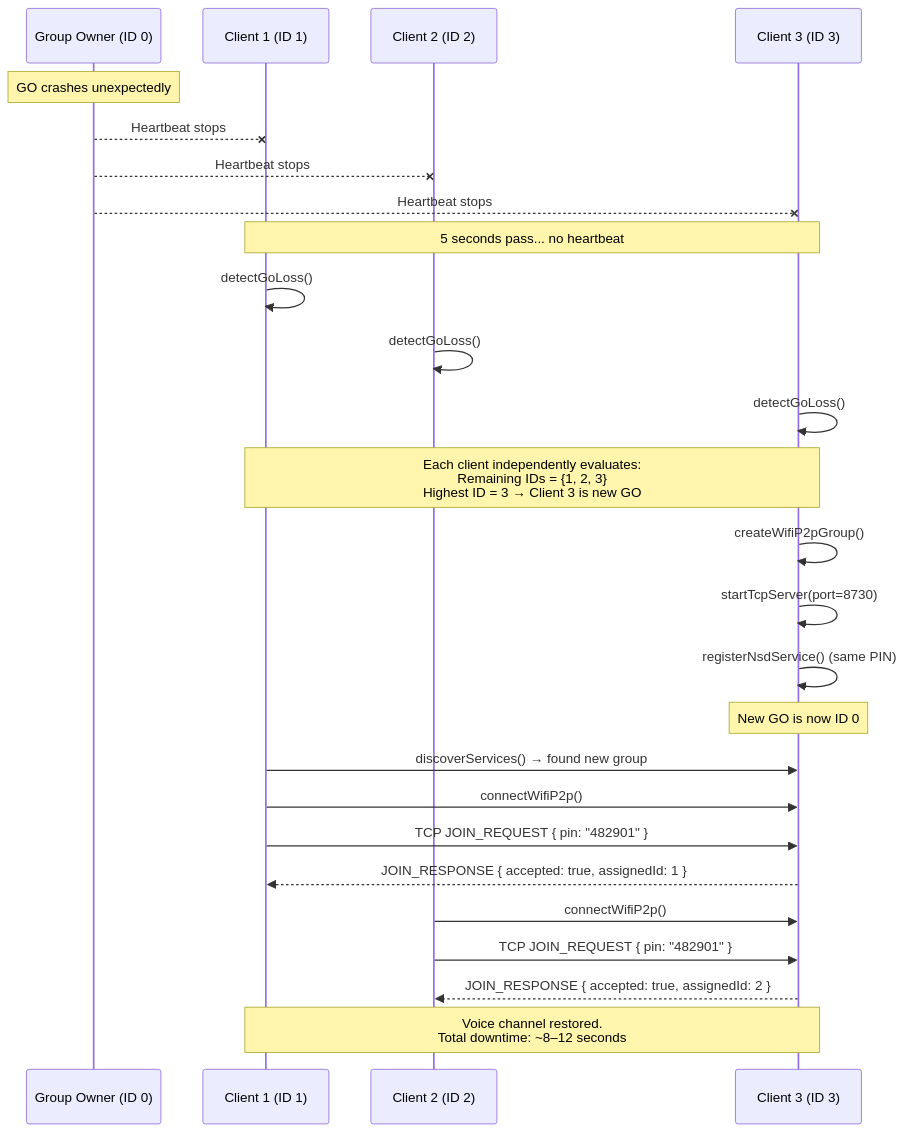
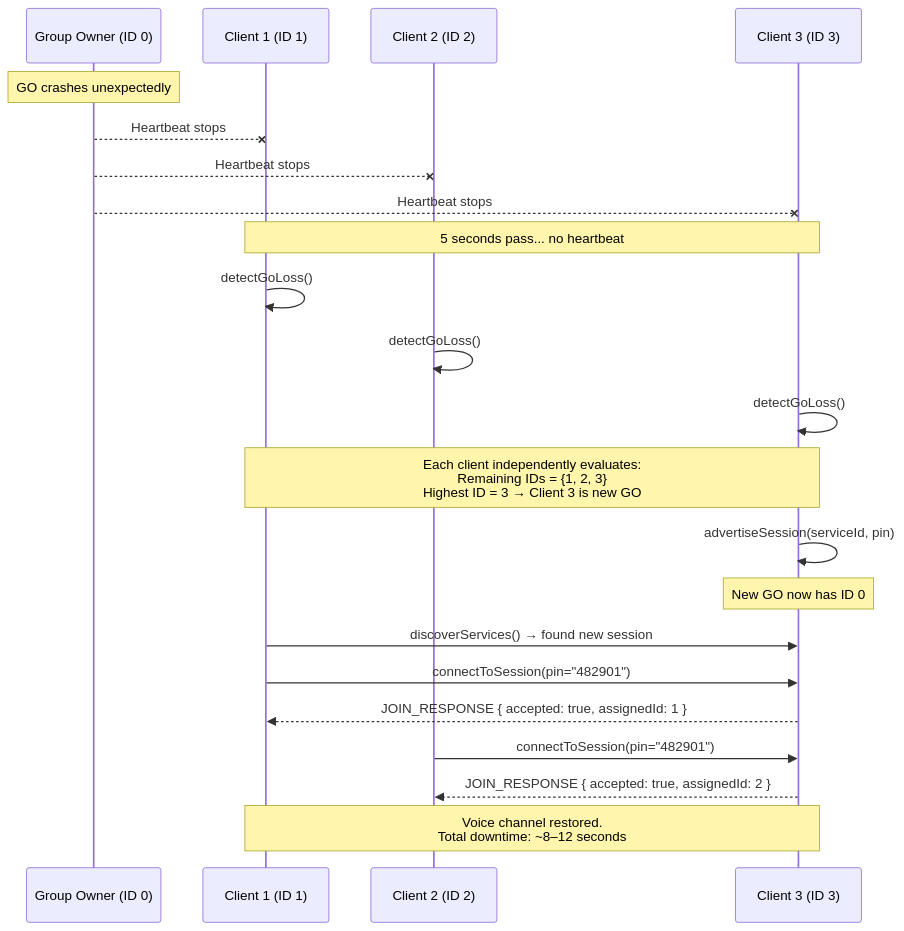
One commit to WINDY-WINDWARD/PeerSync changed the eighth of 16 diagrams in docs/ImplementationGuidelines.md. Above: the diagram before and after it, drawn with Mermaid. The commit also changed other lines of this file and 19 other files, not shown here.

Commit message:
feat: implement pure Wi-Fi Direct socket architecture, auto-discovery, and QR code fast-join

````diff
--- a/docs/ImplementationGuidelines.md
+++ b/docs/ImplementationGuidelines.md
@@ -473,37 +488,33 @@
 ```mermaid
 sequenceDiagram
     participant GO as Group Owner (ID 0)
     participant C1 as Client 1 (ID 1)
     participant C2 as Client 2 (ID 2)
     participant C3 as Client 3 (ID 3)
 
     Note over GO: GO crashes unexpectedly
 
     GO--xC1: Heartbeat stops
     GO--xC2: Heartbeat stops
     GO--xC3: Heartbeat stops
 
     Note over C1,C3: 5 seconds pass... no heartbeat
 
     C1->>C1: detectGoLoss()
     C2->>C2: detectGoLoss()
     C3->>C3: detectGoLoss()
 
     Note over C1,C3: Each client independently evaluates:<br/>Remaining IDs = {1, 2, 3}<br/>Highest ID = 3 → Client 3 is new GO
 
-    C3->>C3: createWifiP2pGroup()
-    C3->>C3: startTcpServer(port=8730)
-    C3->>C3: registerNsdService() (same PIN)
-    Note over C3: New GO is now ID 0
+    C3->>C3: advertiseSession(serviceId, pin)
+    Note over C3: New GO now has ID 0
 
-    C1->>C3: discoverServices() → found new group
-    C1->>C3: connectWifiP2p()
-    C1->>C3: TCP JOIN_REQUEST { pin: "482901" }
+    C1->>C3: discoverServices() → found new session
+    C1->>C3: connectToSession(pin="482901")
     C3-->>C1: JOIN_RESPONSE { accepted: true, assignedId: 1 }
 
-    C2->>C3: connectWifiP2p()
-    C2->>C3: TCP JOIN_REQUEST { pin: "482901" }
+    C2->>C3: connectToSession(pin="482901")
     C3-->>C2: JOIN_RESPONSE { accepted: true, assignedId: 2 }
 
     Note over C1,C3: Voice channel restored.<br/>Total downtime: ~8–12 seconds
 ```
````
